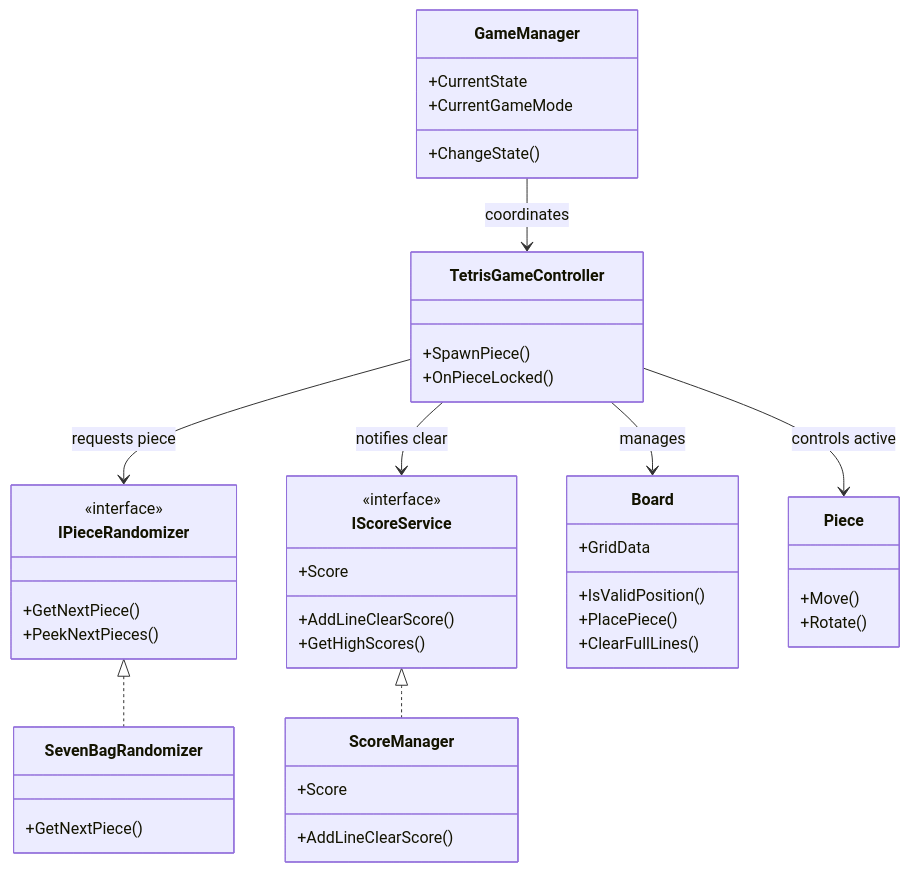
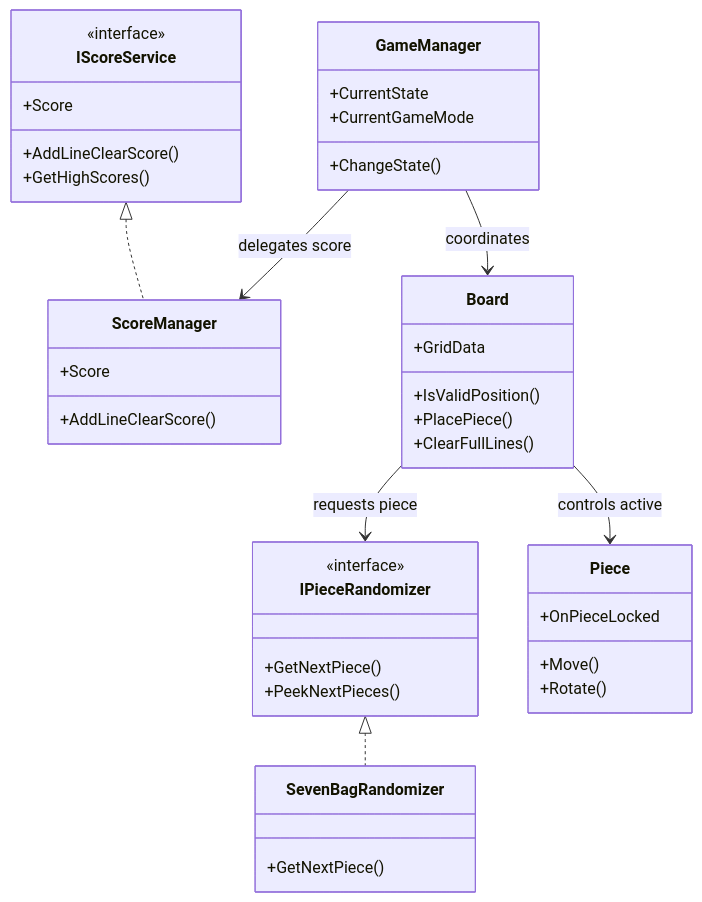
One commit to minhhungnt123/Tetris changed the diagram in plan-refactor-and-editor-fix.md. Above: the diagram before and after it, drawn with Mermaid. The commit also changed other lines of this file, not shown here.

````diff
--- a/plan-refactor-and-editor-fix.md
+++ b/plan-refactor-and-editor-fix.md
@@ -58,48 +58,44 @@
 ```mermaid
 classDiagram
     class GameManager {
         +CurrentState
         +CurrentGameMode
         +ChangeState()
     }
     class IScoreService {
         <<interface>>
         +Score
         +AddLineClearScore()
         +GetHighScores()
     }
     class ScoreManager {
         +Score
         +AddLineClearScore()
     }
     class IPieceRandomizer {
         <<interface>>
         +GetNextPiece()
         +PeekNextPieces()
     }
     class SevenBagRandomizer {
         +GetNextPiece()
     }
     class Board {
         +GridData
         +IsValidPosition()
         +PlacePiece()
         +ClearFullLines()
     }
-    class TetrisGameController {
-        +SpawnPiece()
-        +OnPieceLocked()
-    }
     class Piece {
         +Move()
         +Rotate()
+        +OnPieceLocked
     }
 
     IScoreService <|.. ScoreManager
     IPieceRandomizer <|.. SevenBagRandomizer
-    TetrisGameController --> Board : manages
-    TetrisGameController --> Piece : controls active
-    TetrisGameController --> IPieceRandomizer : requests piece
-    TetrisGameController --> IScoreService : notifies clear
-    GameManager --> TetrisGameController : coordinates
+    Board --> Piece : controls active
+    Board --> IPieceRandomizer : requests piece
+    GameManager --> ScoreManager : delegates score
+    GameManager --> Board : coordinates
 ```
````
